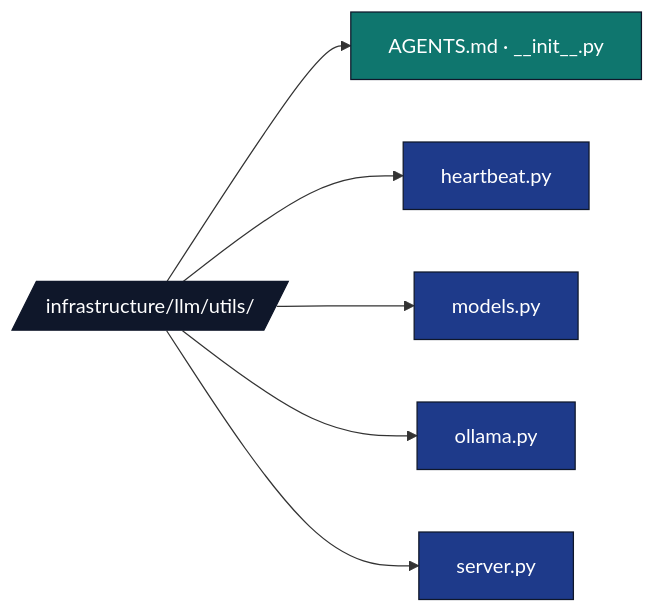
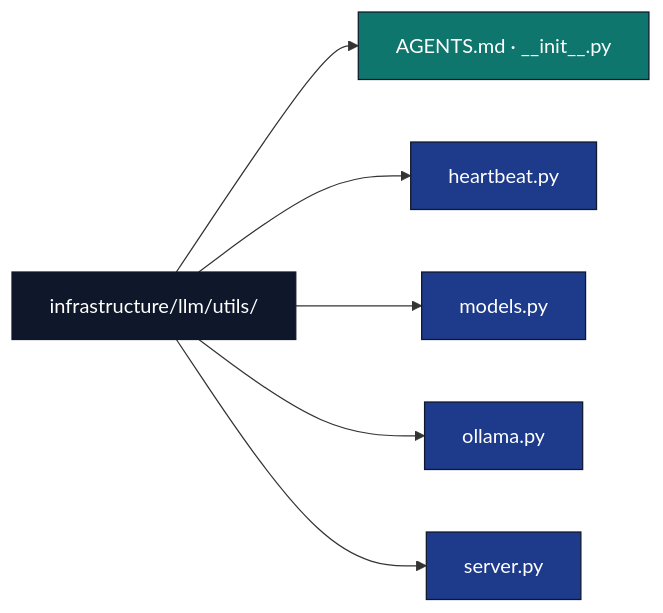
One commit to docxology/template changed the diagram in infrastructure/llm/utils/AGENTS.md. Above: the diagram before and after it, drawn with Mermaid. The commit also changed 94 other files, not shown here.

````diff
--- a/infrastructure/llm/utils/AGENTS.md
+++ b/infrastructure/llm/utils/AGENTS.md
@@ -14,16 +14,16 @@
 ```mermaid
 flowchart LR
-    U[/infrastructure/llm/utils//]
+    U[infrastructure/llm/utils/]
     U --> META[AGENTS.md · __init__.py]
     U --> HB[heartbeat.py]
     U --> MOD[models.py]
     U --> OL[ollama.py]
     U --> SRV[server.py]
 
     classDef d fill:#0f172a,stroke:#0f172a,color:#fff
     classDef code fill:#1e3a8a,stroke:#0f172a,color:#fff
     classDef doc fill:#0f766e,stroke:#0f172a,color:#fff
     class U d
     class HB,MOD,OL,SRV code
     class META doc
 ```
````
